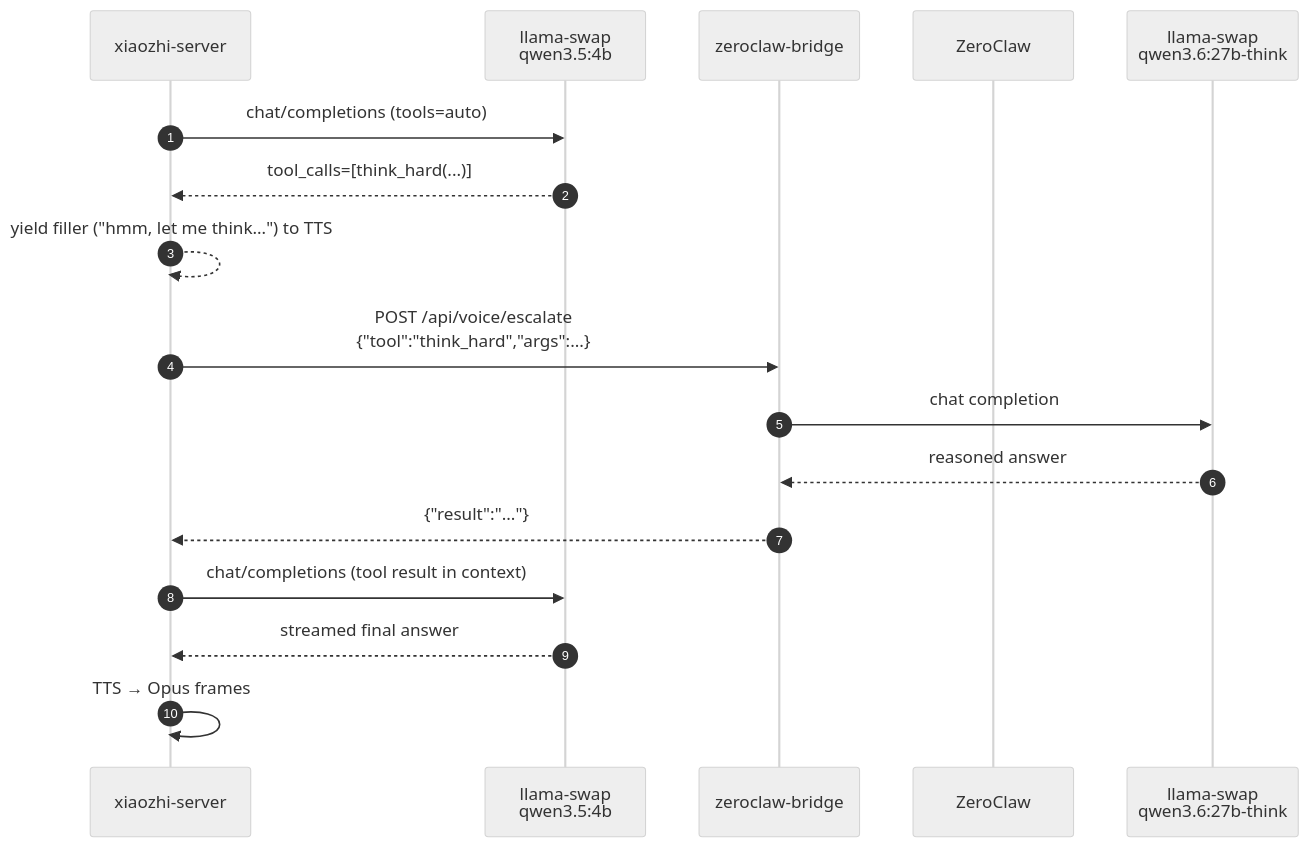
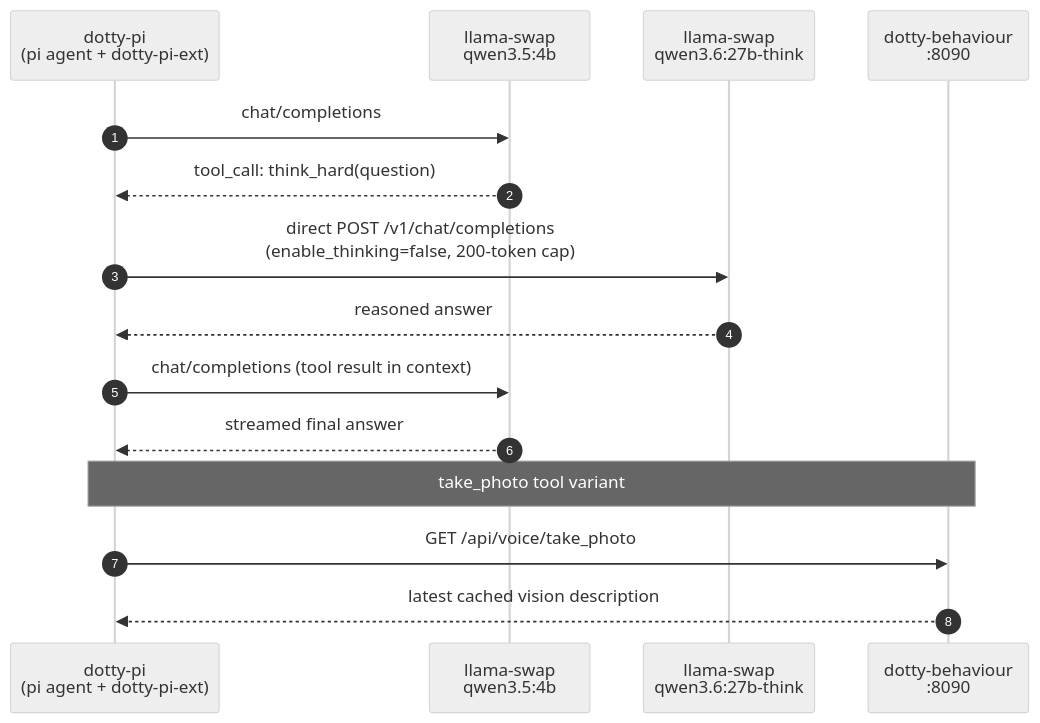
The third of 3 diagrams in docs/architecture.md (alkaid/dotty-stackchan), drawn with Mermaid (neutral theme) before and after one commit. The commit also changed other lines of this file and 50 other files, not shown here.

First line of the commit message:
docs: retire ZeroClaw — reconcile docs + config to the post-#36 architecture (#90)

````diff
--- a/docs/architecture.md
+++ b/docs/architecture.md
@@ -104,20 +105,19 @@
 ```mermaid
 sequenceDiagram
     autonumber
-    participant XZ as xiaozhi-server
-    participant LS as llama-swap<br/>qwen3.5:4b
-    participant Br as zeroclaw-bridge
-    participant ZC as ZeroClaw
+    participant PI as dotty-pi<br/>(pi agent + dotty-pi-ext)
+    participant LS4 as llama-swap<br/>qwen3.5:4b
     participant THK as llama-swap<br/>qwen3.6:27b-think
+    participant BH as dotty-behaviour<br/>:8090
 
-    XZ->>LS: chat/completions (tools=auto)
-    LS-->>XZ: tool_calls=[think_hard(...)]
-    XZ-->>XZ: yield filler ("hmm, let me think…") to TTS
-    XZ->>Br: POST /api/voice/escalate<br/>{"tool":"think_hard","args":...}
-    Br->>THK: chat completion
-    THK-->>Br: reasoned answer
-    Br-->>XZ: {"result":"..."}
-    XZ->>LS: chat/completions (tool result in context)
-    LS-->>XZ: streamed final answer
-    XZ->>XZ: TTS → Opus frames
+    PI->>LS4: chat/completions
+    LS4-->>PI: tool_call: think_hard(question)
+    PI->>THK: direct POST /v1/chat/completions<br/>(enable_thinking=false, 200-token cap)
+    THK-->>PI: reasoned answer
+    PI->>LS4: chat/completions (tool result in context)
+    LS4-->>PI: streamed final answer
+
+    Note over PI,BH: take_photo tool variant
+    PI->>BH: GET /api/voice/take_photo
+    BH-->>PI: latest cached vision description
 ```
````
